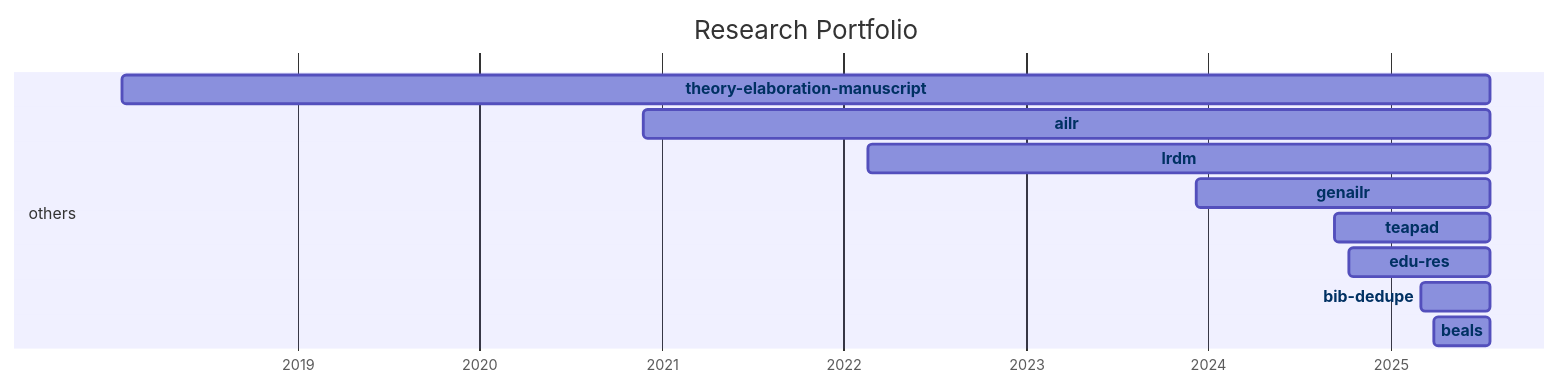
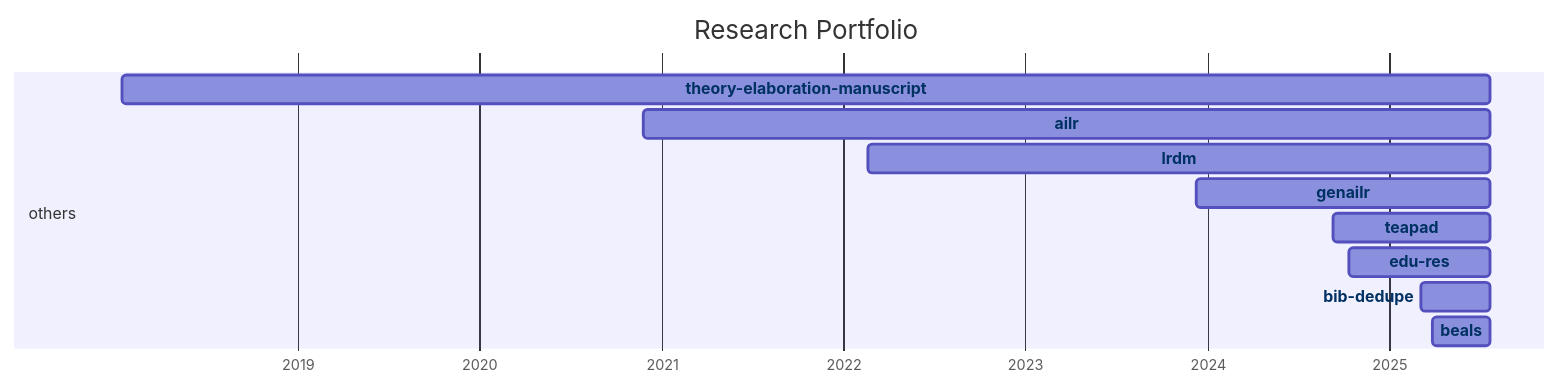
Before and after one commit to digital-work-lab/handbook: the diagram in docs/20-research/25-projects-gantt.md, drawn with Mermaid.

Commit message:
Update repository overview

````diff
--- a/docs/20-research/25-projects-gantt.md
+++ b/docs/20-research/25-projects-gantt.md
@@ -8,35 +8,35 @@
 ```mermaid
 ---
 displayMode: compact
 ---
 gantt
 title Research Portfolio
 dateFormat YYYY-MM-DD
 axisFormat %Y
 
     section work_practices
 
     section distributed_organizing
 
     section knowledge_synthesis
 
     section others
-        beals :beals, 2025-03-28, 2025-07-20
-        bib-dedupe :bib-dedupe, 2025-03-04, 2025-07-20
-        edu-res :edu-res, 2024-10-10, 2025-07-20
-        teapad :teapad, 2024-09-10, 2025-07-20
-        genailr :genailr, 2023-12-10, 2025-07-20
-        lrdm :lrdm, 2022-02-20, 2025-07-20
-        ailr :ailr, 2020-11-26, 2025-07-20
-        theory-elaboration-manuscript :theory-elaboration-manuscript, 2018-01-15, 2025-07-20
+        beals :beals, 2025-03-28, 2025-07-21
+        bib-dedupe :bib-dedupe, 2025-03-04, 2025-07-21
+        edu-res :edu-res, 2024-10-10, 2025-07-21
+        teapad :teapad, 2024-09-10, 2025-07-21
+        genailr :genailr, 2023-12-10, 2025-07-21
+        lrdm :lrdm, 2022-02-20, 2025-07-21
+        ailr :ailr, 2020-11-26, 2025-07-21
+        theory-elaboration-manuscript :theory-elaboration-manuscript, 2018-01-15, 2025-07-21
 
 
     click beals href "{{ site.baseurl }}/docs/10-lab/18-resources/beals.html"
     click bib-dedupe href "{{ site.baseurl }}/docs/10-lab/18-resources/bib-dedupe.html"
     click edu-res href "{{ site.baseurl }}/docs/10-lab/18-resources/edu-res.html"
     click teapad href "{{ site.baseurl }}/docs/10-lab/18-resources/teapad.html"
     click genailr href "{{ site.baseurl }}/docs/10-lab/18-resources/genailr.html"
     click lrdm href "{{ site.baseurl }}/docs/10-lab/18-resources/lrdm.html"
     click ailr href "{{ site.baseurl }}/docs/10-lab/18-resources/ailr.html"
     click theory-elaboration-manuscript href "{{ site.baseurl }}/docs/10-lab/18-resources/theory-elaboration-manuscript.html"
 ```
````
